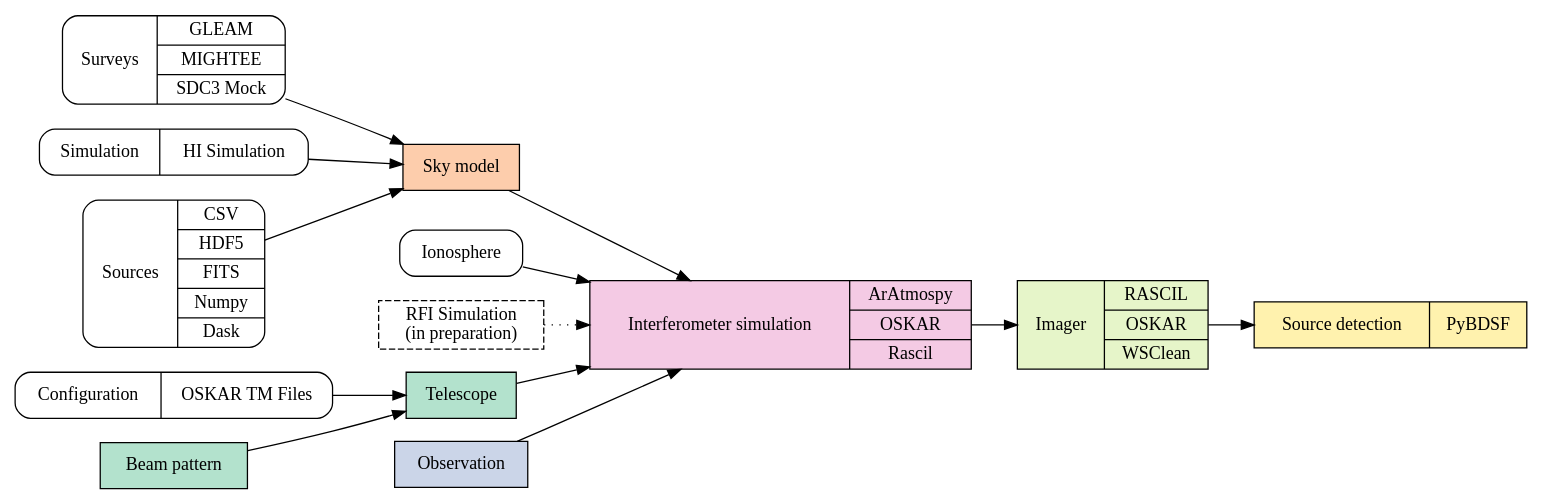
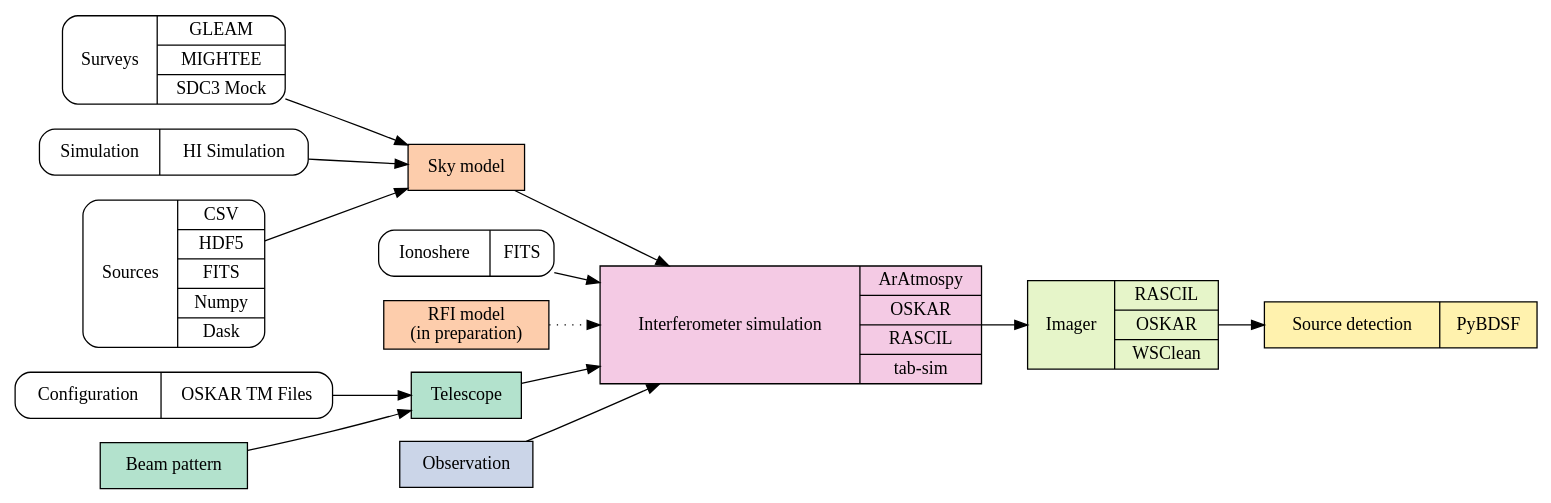
One commit to i4Ds/Karabo-Pipeline changed the diagram in doc/src/images/karabo-workflow-graphviz.gv. Above: the diagram before and after it, drawn with Graphviz. The commit also changed 1 other file, not shown here.

```diff
--- a/doc/src/images/karabo-workflow-graphviz.gv
+++ b/doc/src/images/karabo-workflow-graphviz.gv
@@ -1,49 +1,48 @@
 digraph {
     rankdir=LR
 
     node[colorscheme=pastel27, shape=record, style=rounded]
     "Surveys"[label="{Surveys|{GLEAM|MIGHTEE|SDC3 Mock}}"]
     "Simulations"[label="{Simulation|{HI Simulation}}"]
     "Sources"[label="{Sources|{CSV|HDF5|FITS|Numpy|Dask}}"]
-    "Ionosphere"
+    "Ionosphere"[label="{Ionoshere|{FITS}}"]
     "Configuration"[label="{Configuration|OSKAR TM Files}"]
 
     node[fillcolor=2, shape=box, style=filled]
     "Sky model"
-
-    node[fillcolor=3, style=dashed]
-    "RFI Simulations"[label="RFI Simulation\n(in preparation)"]
+    "RFI model"[label="RFI model\n(in preparation)"]
 
     node[fillcolor=1, style=filled]
     "Beam pattern"
     "Telescope"
     
     node[fillcolor=3]
     "Observation"
 
     node[fillcolor=4]
-    "Interferometer simulation"[shape=record, label="{Interferometer simulation|{ArAtmospy|OSKAR|Rascil}}"]
+    "Interferometer simulation"[shape=record, label="{Interferometer simulation|{ArAtmospy|OSKAR|RASCIL|tab-sim}}"]
+
 
     node[fillcolor=5]
     "Imager"[shape=record, label="{Imager|{RASCIL|OSKAR|WSClean}}"]
 
     node[fillcolor=6]
     "Source detection"[shape=record, label="{Source detection|{PyBDSF}}"]
 
     "Surveys" -> "Sky model"
     "Simulations" -> "Sky model"
     "Sources" -> "Sky model"
 
     "Configuration" -> "Telescope"
     "Beam pattern" -> "Telescope"
     
     "Sky model" -> "Interferometer simulation"
     "Telescope" -> "Interferometer simulation"
     "Observation" -> "Interferometer simulation"
-    "RFI Simulations" -> "Interferometer simulation" [style=dotted]
+    "RFI model" -> "Interferometer simulation" [style=dotted]
     "Ionosphere" -> "Interferometer simulation"
 
     "Interferometer simulation" -> "Imager"
 
     "Imager" -> "Source detection"
 }
```
